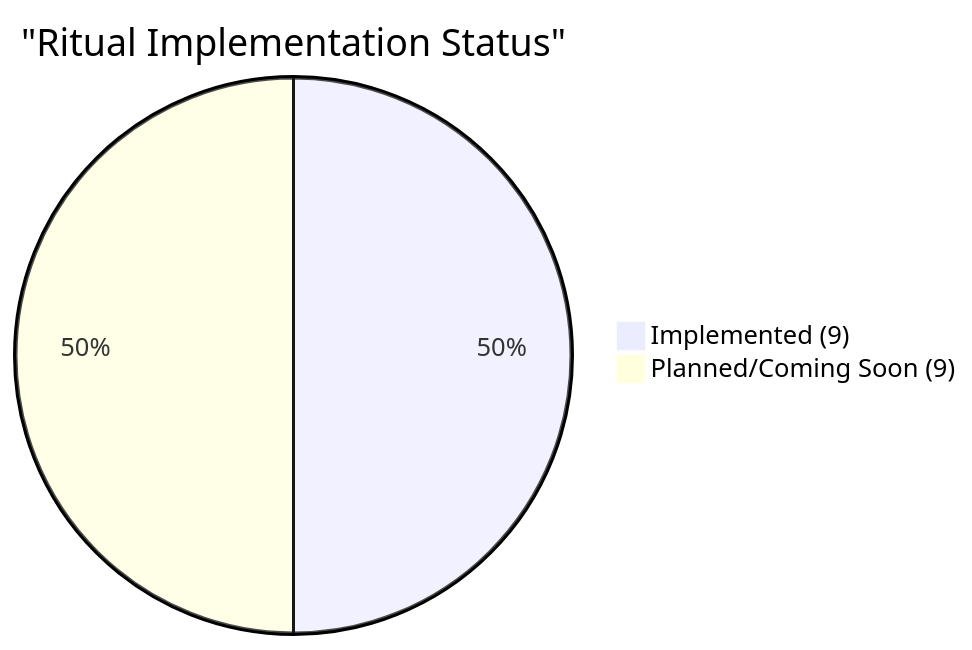
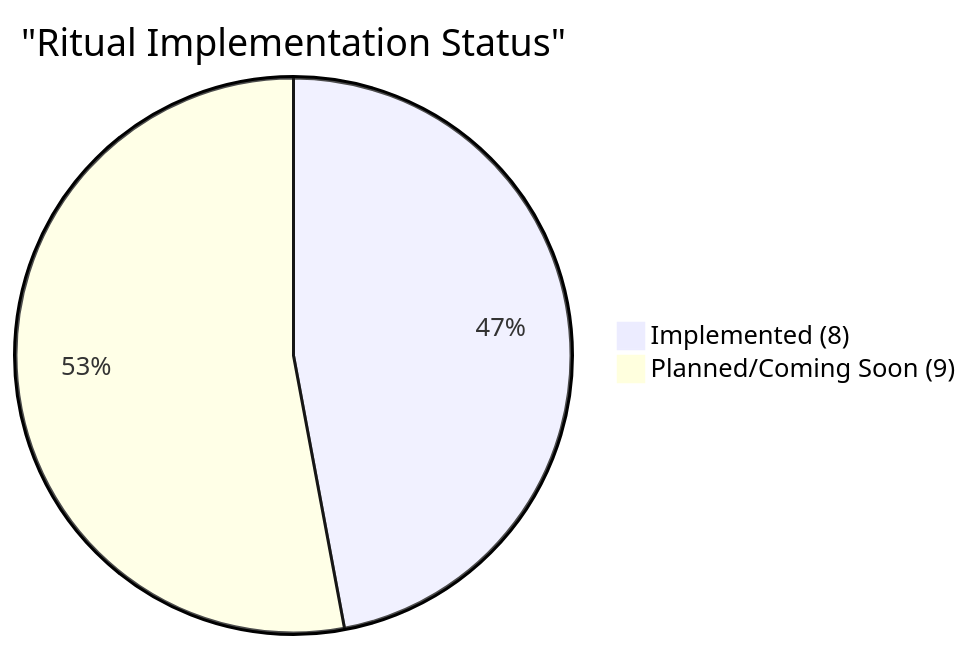
Before and after one commit to Underwood-Inc/rituals: the third of 4 diagrams in README.md, drawn with Mermaid. The commit also changed other lines of this file and 7 other files, not shown here.

````diff
--- a/README.md
+++ b/README.md
@@ -373,5 +372,5 @@
 ```mermaid
 pie title "Ritual Implementation Status"
-    "Implemented (9)" : 9
+    "Implemented (8)" : 8
     "Planned/Coming Soon (9)" : 9
 ```
````
